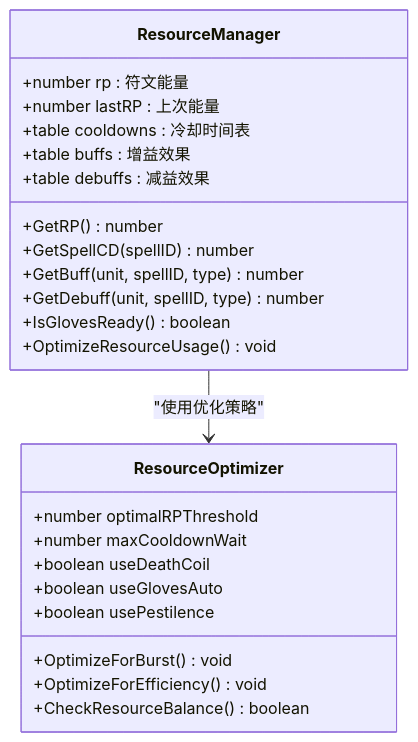
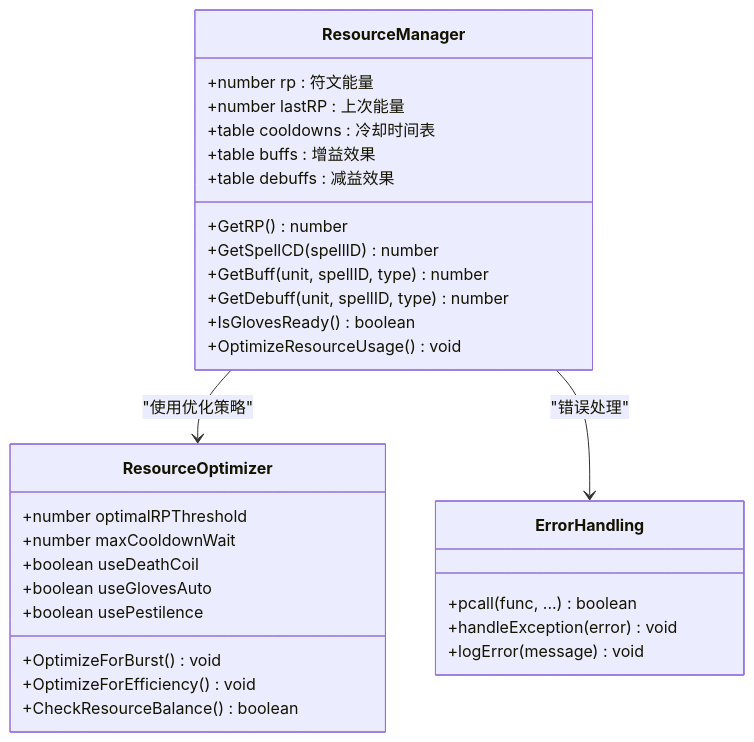
The sixth of 8 diagrams in .qoder/repowiki/zh/content/技术架构/技术架构.md (q89277718/WOW-For-MRF), drawn with Mermaid before and after one commit. The commit also changed other lines of this file and 61 other files, not shown here.

````diff
--- a/.qoder/repowiki/zh/content/技术架构/技术架构.md
+++ b/.qoder/repowiki/zh/content/技术架构/技术架构.md
@@ -253,27 +300,33 @@
 ```mermaid
 classDiagram
 class ResourceManager {
 +number rp : 符文能量
 +number lastRP : 上次能量
 +table cooldowns : 冷却时间表
 +table buffs : 增益效果
 +table debuffs : 减益效果
 +GetRP() number
 +GetSpellCD(spellID) number
 +GetBuff(unit, spellID, type) number
 +GetDebuff(unit, spellID, type) number
 +IsGlovesReady() boolean
 +OptimizeResourceUsage() void
 }
 class ResourceOptimizer {
 +number optimalRPThreshold
 +number maxCooldownWait
 +boolean useDeathCoil
 +boolean useGlovesAuto
 +boolean usePestilence
 +OptimizeForBurst() void
 +OptimizeForEfficiency() void
 +CheckResourceBalance() boolean
 }
+class ErrorHandling {
++pcall(func, ...) boolean
++handleException(error) void
++logError(message) void
+}
 ResourceManager --> ResourceOptimizer : "使用优化策略"
+ResourceManager --> ErrorHandling : "错误处理"
 ```
````
